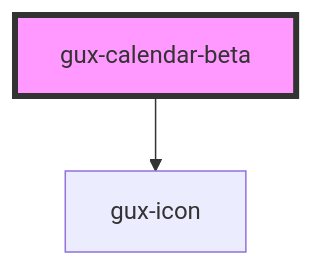
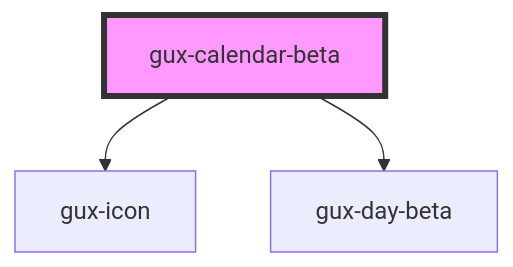
The diagram in packages/genesys-spark-components/src/components/beta/gux-calendar-beta/readme.md (MyPureCloud/genesys-spark), drawn with Mermaid before and after one commit. The commit also changed other lines of this file and 27 other files, not shown here.

First line of the commit message:
feat(calendar-beta): Switch to using Temporal API polyfill for dates

````diff
--- a/packages/genesys-spark-components/src/components/beta/gux-calendar-beta/readme.md
+++ b/packages/genesys-spark-components/src/components/beta/gux-calendar-beta/readme.md
@@ -15,5 +36,6 @@
 ```mermaid
 graph TD;
   gux-calendar-beta --> gux-icon
+  gux-calendar-beta --> gux-day-beta
   style gux-calendar-beta fill:#f9f,stroke:#333,stroke-width:4px
 ```
````
